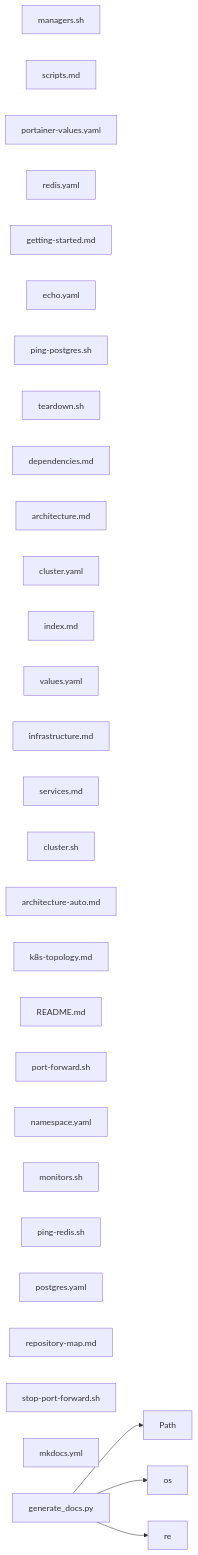
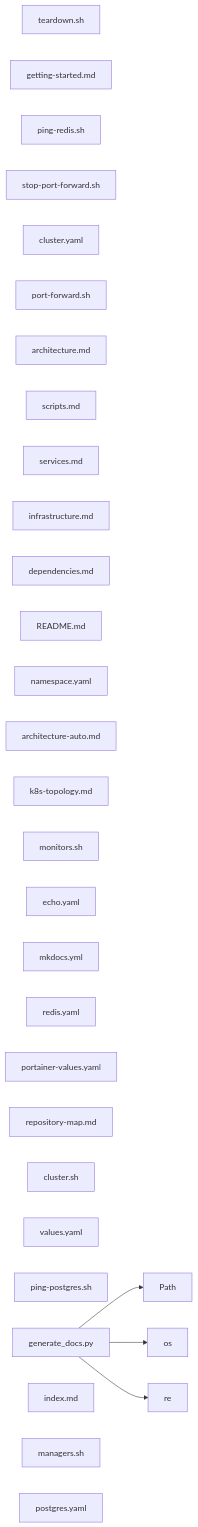
The diagram in docs/dependencies.md (dannys0n/K8-Local-To-Cloud-Project), drawn with Mermaid before and after one commit. The commit also changed other lines of this file and 2 other files, not shown here.

Commit message:
Auto-generate documentation

````diff
--- a/docs/dependencies.md
+++ b/docs/dependencies.md
@@ -3,37 +3,37 @@
 ```mermaid
 graph LR
-managers_sh["managers.sh"]
+teardown_sh["teardown.sh"]
+getting_started_md["getting-started.md"]
+ping_redis_sh["ping-redis.sh"]
+stop_port_forward_sh["stop-port-forward.sh"]
+cluster_yaml["cluster.yaml"]
+port_forward_sh["port-forward.sh"]
+architecture_md["architecture.md"]
 scripts_md["scripts.md"]
+services_md["services.md"]
+infrastructure_md["infrastructure.md"]
+dependencies_md["dependencies.md"]
+README_md["README.md"]
 Path["Path"]
-portainer_values_yaml["portainer-values.yaml"]
-redis_yaml["redis.yaml"]
-getting_started_md["getting-started.md"]
-echo_yaml["echo.yaml"]
-ping_postgres_sh["ping-postgres.sh"]
-teardown_sh["teardown.sh"]
-dependencies_md["dependencies.md"]
-architecture_md["architecture.md"]
-cluster_yaml["cluster.yaml"]
-index_md["index.md"]
-values_yaml["values.yaml"]
-infrastructure_md["infrastructure.md"]
-services_md["services.md"]
-cluster_sh["cluster.sh"]
-re["re"]
+namespace_yaml["namespace.yaml"]
 architecture_auto_md["architecture-auto.md"]
 k8s_topology_md["k8s-topology.md"]
-README_md["README.md"]
-port_forward_sh["port-forward.sh"]
-namespace_yaml["namespace.yaml"]
 monitors_sh["monitors.sh"]
+re["re"]
+echo_yaml["echo.yaml"]
+mkdocs_yml["mkdocs.yml"]
 os["os"]
-ping_redis_sh["ping-redis.sh"]
+redis_yaml["redis.yaml"]
+portainer_values_yaml["portainer-values.yaml"]
+repository_map_md["repository-map.md"]
+cluster_sh["cluster.sh"]
+values_yaml["values.yaml"]
+ping_postgres_sh["ping-postgres.sh"]
+generate_docs_py["generate_docs.py"]
+index_md["index.md"]
+managers_sh["managers.sh"]
 postgres_yaml["postgres.yaml"]
-repository_map_md["repository-map.md"]
-stop_port_forward_sh["stop-port-forward.sh"]
-mkdocs_yml["mkdocs.yml"]
-generate_docs_py["generate_docs.py"]
 generate_docs_py --> Path
 generate_docs_py --> os
 generate_docs_py --> re
 ```
````
